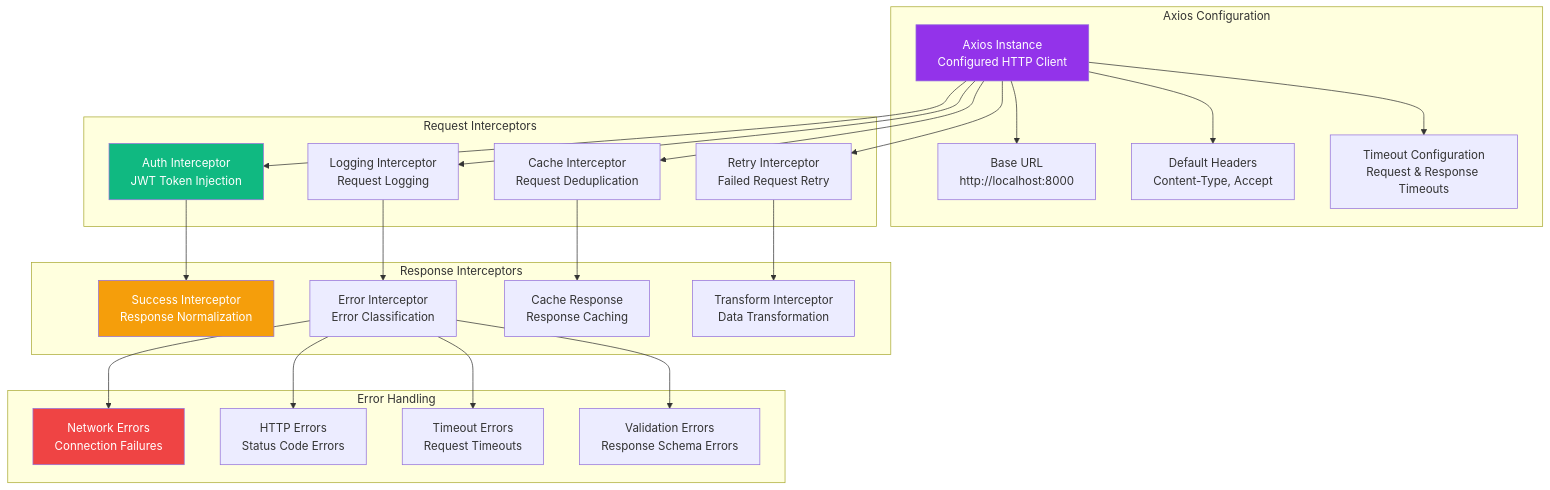
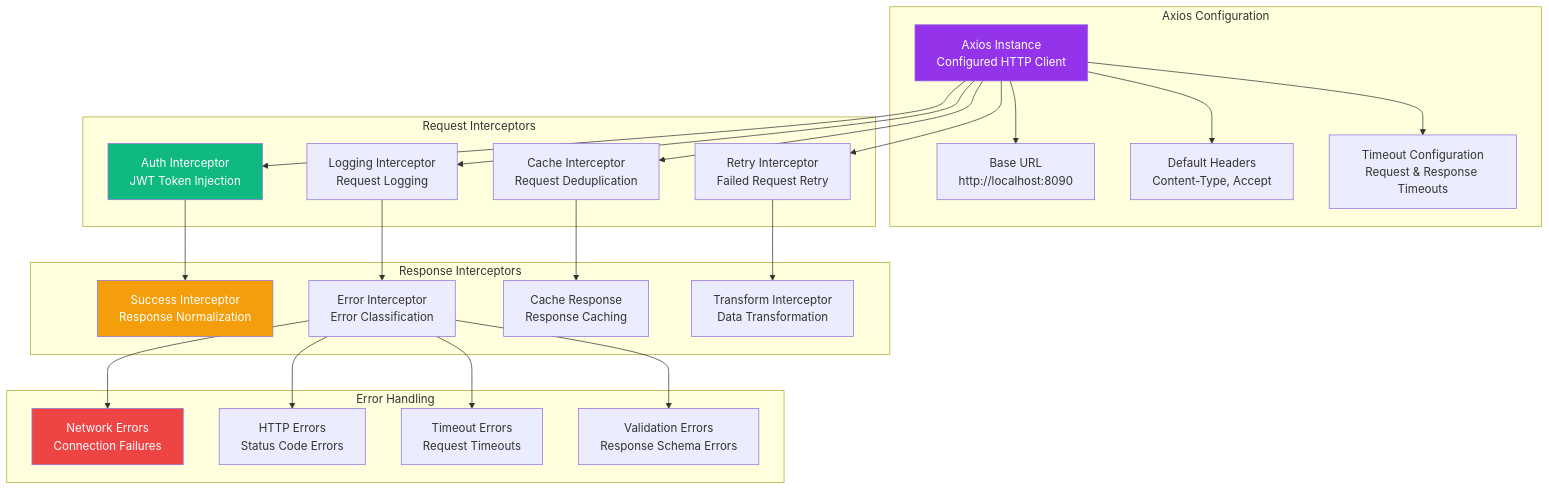
One commit to Olorin-ai-git/Bayit-Plus changed the fourth of 8 diagrams in docs/diagrams/components/olorin-front/service-layer-architecture.md. Above: the diagram before and after it, drawn with Mermaid. The commit also changed other lines of this file and 140 other files, not shown here.

````diff
--- a/docs/diagrams/components/olorin-front/service-layer-architecture.md
+++ b/docs/diagrams/components/olorin-front/service-layer-architecture.md
@@ -207,54 +207,54 @@
 ```mermaid
 graph TB
     subgraph "Axios Configuration"
         AXIOS_INSTANCE[Axios Instance<br/>Configured HTTP Client]
-        BASE_URL[Base URL<br/>http://localhost:8000]
+        BASE_URL[Base URL<br/>http://localhost:8090]
         DEFAULT_HEADERS[Default Headers<br/>Content-Type, Accept]
         TIMEOUT_CONFIG[Timeout Configuration<br/>Request & Response Timeouts]
     end
     
     subgraph "Request Interceptors"
         AUTH_INTERCEPTOR[Auth Interceptor<br/>JWT Token Injection]
         LOGGING_INTERCEPTOR[Logging Interceptor<br/>Request Logging]
         CACHE_INTERCEPTOR[Cache Interceptor<br/>Request Deduplication]
         RETRY_INTERCEPTOR[Retry Interceptor<br/>Failed Request Retry]
     end
     
     subgraph "Response Interceptors"
         SUCCESS_INTERCEPTOR[Success Interceptor<br/>Response Normalization]
         ERROR_INTERCEPTOR[Error Interceptor<br/>Error Classification]
         CACHE_RESPONSE[Cache Response<br/>Response Caching]
         TRANSFORM_INTERCEPTOR[Transform Interceptor<br/>Data Transformation]
     end
     
     subgraph "Error Handling"
         NETWORK_ERRORS[Network Errors<br/>Connection Failures]
         HTTP_ERRORS[HTTP Errors<br/>Status Code Errors]
         TIMEOUT_ERRORS[Timeout Errors<br/>Request Timeouts]
         VALIDATION_ERRORS[Validation Errors<br/>Response Schema Errors]
     end
     
     AXIOS_INSTANCE --> BASE_URL
     AXIOS_INSTANCE --> DEFAULT_HEADERS
     AXIOS_INSTANCE --> TIMEOUT_CONFIG
     
     AXIOS_INSTANCE --> AUTH_INTERCEPTOR
     AXIOS_INSTANCE --> LOGGING_INTERCEPTOR
     AXIOS_INSTANCE --> CACHE_INTERCEPTOR
     AXIOS_INSTANCE --> RETRY_INTERCEPTOR
     
     AUTH_INTERCEPTOR --> SUCCESS_INTERCEPTOR
     LOGGING_INTERCEPTOR --> ERROR_INTERCEPTOR
     CACHE_INTERCEPTOR --> CACHE_RESPONSE
     RETRY_INTERCEPTOR --> TRANSFORM_INTERCEPTOR
     
     ERROR_INTERCEPTOR --> NETWORK_ERRORS
     ERROR_INTERCEPTOR --> HTTP_ERRORS
     ERROR_INTERCEPTOR --> TIMEOUT_ERRORS
     ERROR_INTERCEPTOR --> VALIDATION_ERRORS
     
     style AXIOS_INSTANCE fill:#9333ea,color:white
     style AUTH_INTERCEPTOR fill:#10b981,color:white
     style SUCCESS_INTERCEPTOR fill:#f59e0b,color:white
     style NETWORK_ERRORS fill:#ef4444,color:white
 ```
````
